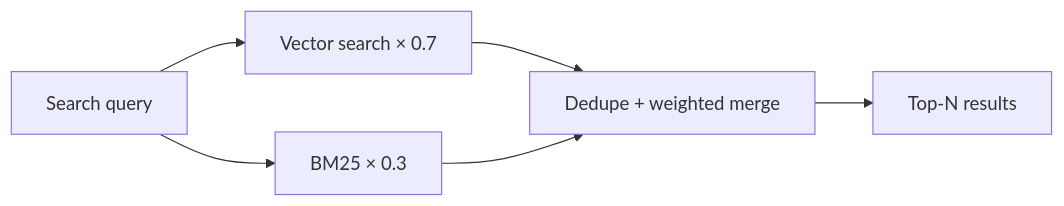
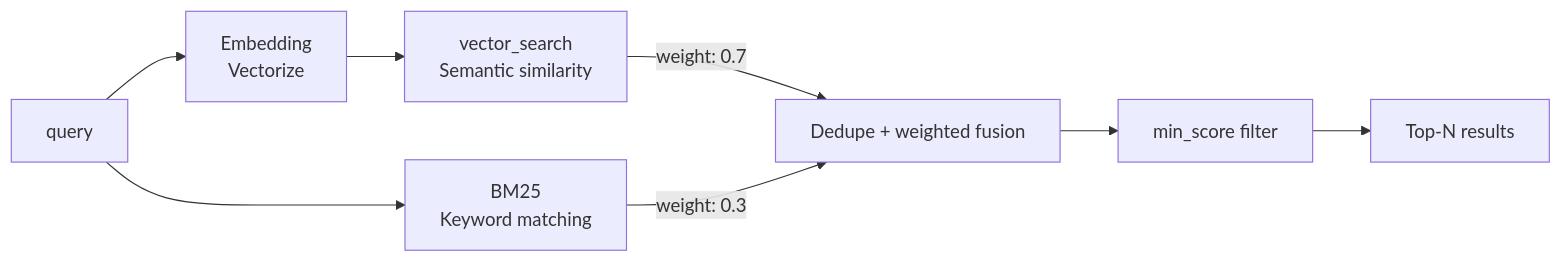
Before and after one commit to agentscope-ai/ReMe: the sixth of 9 diagrams in README.md, drawn with Mermaid. The commit also changed other lines of this file and 1 other file, not shown here.

Commit message:
docs(readme): update documentation with improved architecture diagrams and component details

````diff
--- a/README.md
+++ b/README.md
@@ -287,8 +295,10 @@
 ```mermaid
 graph LR
-    Q[Search query] --> V[Vector search × 0.7]
-Q --> B[BM25 × 0.3]
-V --> M[Dedupe + weighted merge]
-B --> M
-M --> R[Top-N results]
+    Q[query] --> E[Embedding<br>Vectorize]
+    E --> V[vector_search<br>Semantic similarity]
+    Q --> B[BM25<br>Keyword matching]
+    V -->|" weight: 0.7 "| M[Dedupe + weighted fusion]
+    B -->|" weight: 0.3 "| M
+    M --> F[min_score filter]
+    F --> R[Top-N results]
 ```
````
